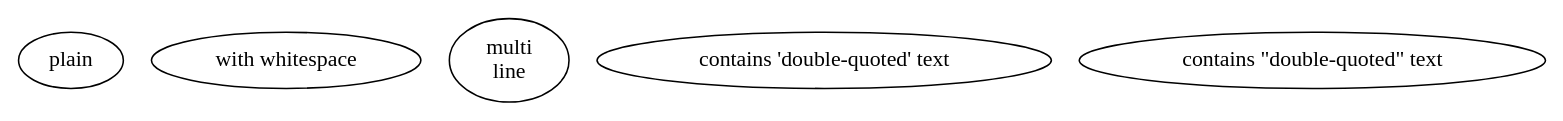
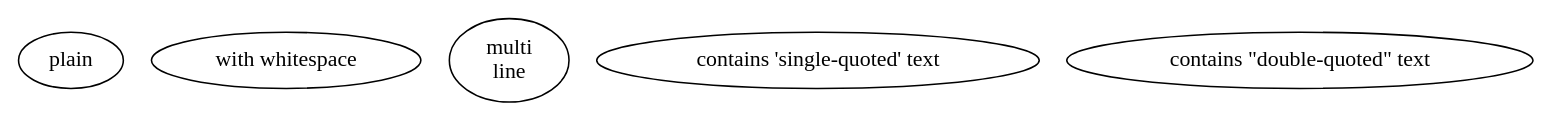
Before and after one commit to C5T/Current: the diagram in Bricks/dot/golden/TextEscaping.dot, drawn with Graphviz. The commit also changed 2 other files, not shown here.

```diff
--- a/Bricks/dot/golden/TextEscaping.dot
+++ b/Bricks/dot/golden/TextEscaping.dot
@@ -1,8 +1,8 @@
 graph {
   node1 [ label="plain" ];
   node2 [ label="with whitespace" ];
   node3 [ label="multi
 line" ];
-  node4 [ label="contains 'double-quoted' text" ];
+  node4 [ label="contains 'single-quoted' text" ];
   node5 [ label="contains \"double-quoted\" text" ];
 }
```
